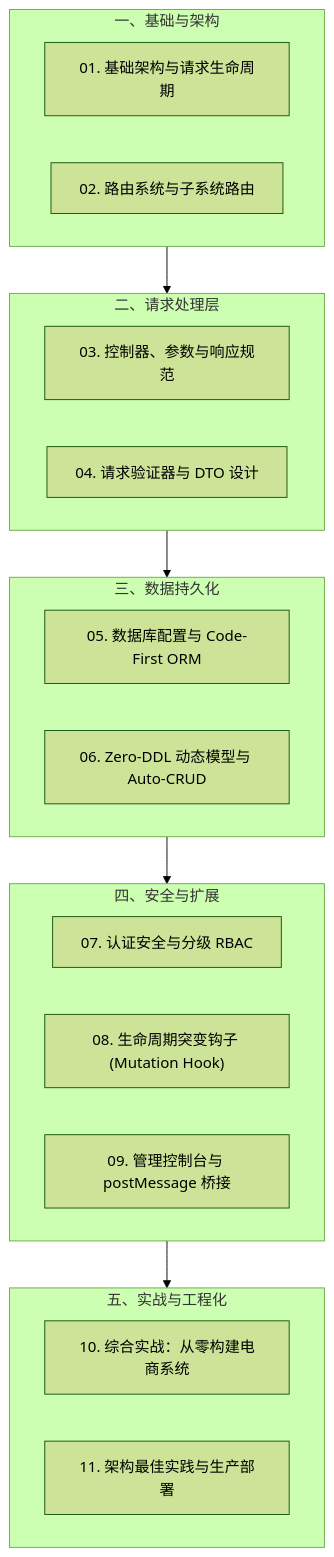
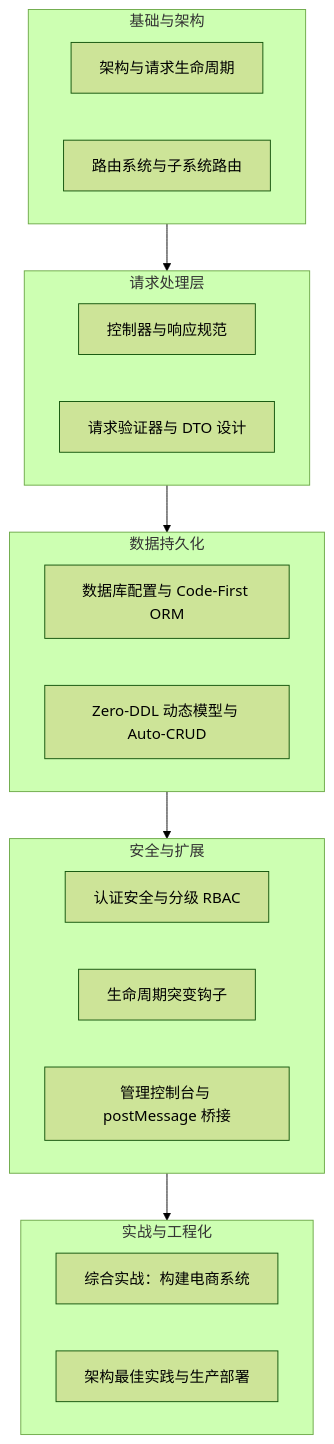
Before and after one commit to FoundKit/foundry: the first of 2 diagrams in docs/src/content/docs/zh/development/index.md, drawn with Mermaid (forest theme). The commit also changed other lines of this file and 25 other files, not shown here.

````diff
--- a/docs/src/content/docs/zh/development/index.md
+++ b/docs/src/content/docs/zh/development/index.md
@@ -22,30 +22,30 @@
 ```mermaid
 flowchart TD
-    subgraph S1["一、基础与架构"]
-        C1["01. 基础架构与请求生命周期"]
-        C2["02. 路由系统与子系统路由"]
+    subgraph S1["基础与架构"]
+        C1["架构与请求生命周期"]
+        C2["路由系统与子系统路由"]
     end
 
-    subgraph S2["二、请求处理层"]
-        C3["03. 控制器、参数与响应规范"]
-        C4["04. 请求验证器与 DTO 设计"]
+    subgraph S2["请求处理层"]
+        C3["控制器与响应规范"]
+        C4["请求验证器与 DTO 设计"]
     end
 
-    subgraph S3["三、数据持久化"]
-        C5["05. 数据库配置与 Code-First ORM"]
-        C6["06. Zero-DDL 动态模型与 Auto-CRUD"]
+    subgraph S3["数据持久化"]
+        C5["数据库配置与 Code-First ORM"]
+        C6["Zero-DDL 动态模型与 Auto-CRUD"]
     end
 
-    subgraph S4["四、安全与扩展"]
-        C7["07. 认证安全与分级 RBAC"]
-        C8["08. 生命周期突变钩子 (Mutation Hook)"]
-        C9["09. 管理控制台与 postMessage 桥接"]
+    subgraph S4["安全与扩展"]
+        C7["认证安全与分级 RBAC"]
+        C8["生命周期突变钩子"]
+        C9["管理控制台与 postMessage 桥接"]
     end
 
-    subgraph S5["五、实战与工程化"]
-        C10["10. 综合实战：从零构建电商系统"]
-        C11["11. 架构最佳实践与生产部署"]
+    subgraph S5["实战与工程化"]
+        C10["综合实战：构建电商系统"]
+        C11["架构最佳实践与生产部署"]
     end
 
     S1 --> S2 --> S3 --> S4 --> S5
 ```
````
